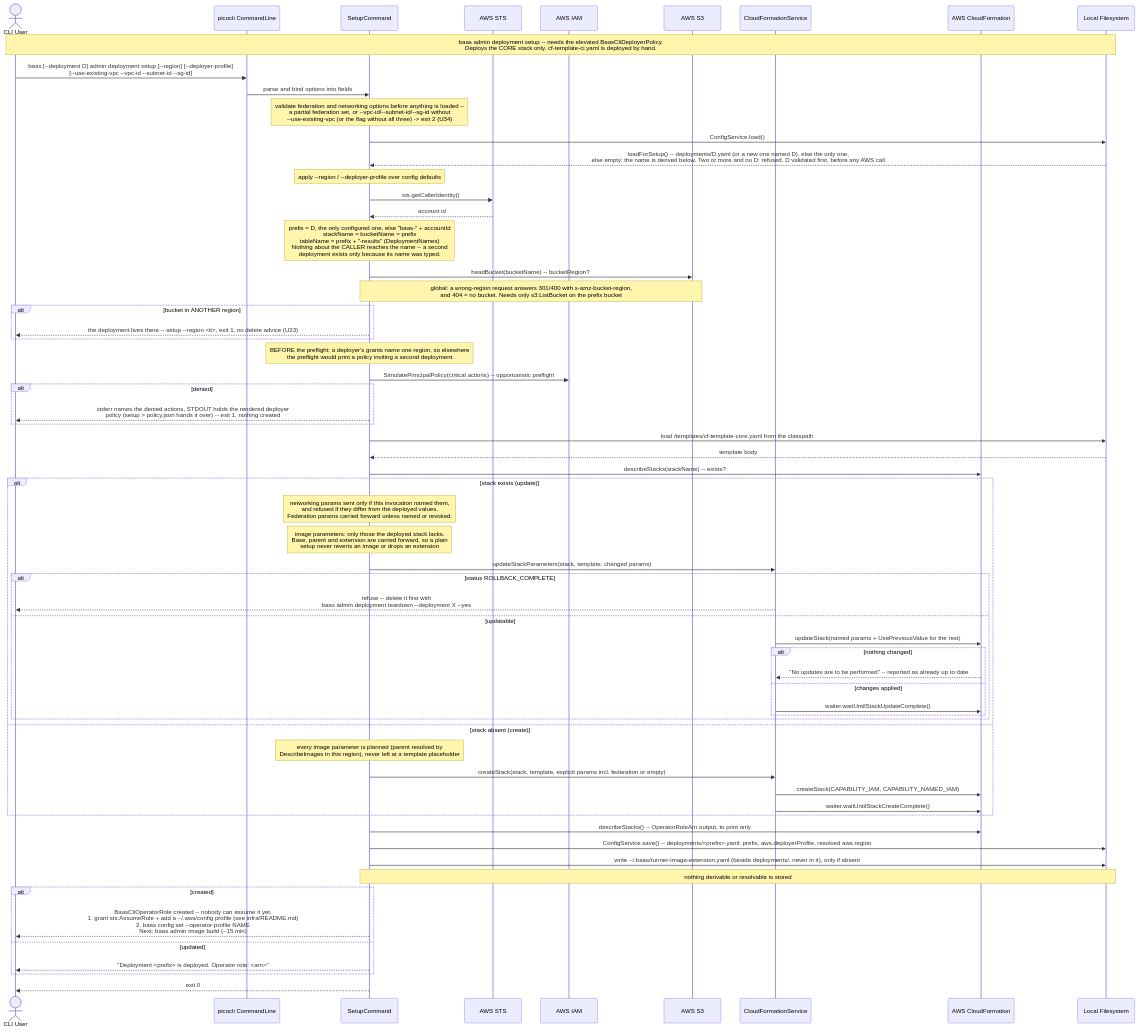
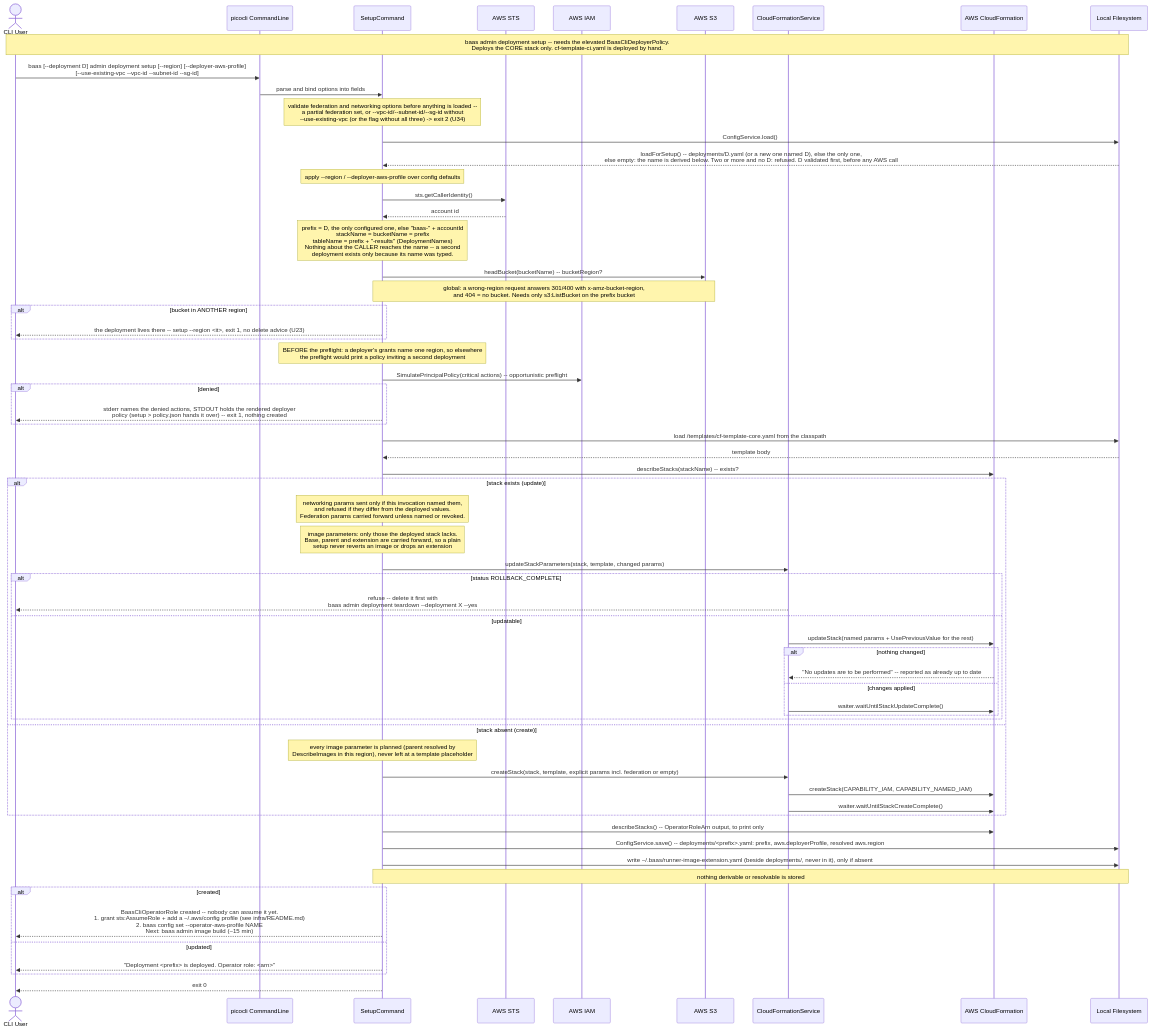
Before and after one commit to wsztajerowski/benchmark-as-a-service: the diagram in docs/diagrams/baas-setup.mmd, drawn with Mermaid. The commit also changed 16 other files, not shown here.

First line of the commit message:
refactor(cli): rename the profile options to --deployer-aws-profile and --operator-aws-profile

```diff
--- a/docs/diagrams/baas-setup.mmd
+++ b/docs/diagrams/baas-setup.mmd
@@ -1,68 +1,68 @@
 sequenceDiagram
     actor User as CLI User
     participant picocli as picocli CommandLine
     participant SC as SetupCommand
     participant STS as AWS STS
     participant IAM as AWS IAM
     participant S3 as AWS S3
     participant CFSvc as CloudFormationService
     participant CF as AWS CloudFormation
     participant FS as Local Filesystem
 
     Note over User,FS: baas admin deployment setup -- needs the elevated BaasCliDeployerPolicy.<br/>Deploys the CORE stack only. cf-template-ci.yaml is deployed by hand.
-    User->>picocli: baas [--deployment D] admin deployment setup [--region] [--deployer-profile]<br/>[--use-existing-vpc --vpc-id --subnet-id --sg-id]
+    User->>picocli: baas [--deployment D] admin deployment setup [--region] [--deployer-aws-profile]<br/>[--use-existing-vpc --vpc-id --subnet-id --sg-id]
     picocli->>SC: parse and bind options into fields
     Note over SC: validate federation and networking options before anything is loaded --<br/>a partial federation set, or --vpc-id/--subnet-id/--sg-id without<br/>--use-existing-vpc (or the flag without all three) -> exit 2 (U34)
     SC->>FS: ConfigService.load()
     FS-->>SC: loadForSetup() -- deployments/D.yaml (or a new one named D), else the only one,<br/>else empty: the name is derived below. Two or more and no D: refused. D validated first, before any AWS call
-    Note over SC: apply --region / --deployer-profile over config defaults
+    Note over SC: apply --region / --deployer-aws-profile over config defaults
     SC->>STS: sts.getCallerIdentity()
     STS-->>SC: account id
     Note over SC: prefix = D, the only configured one, else "baas-" + accountId<br/>stackName = bucketName = prefix<br/>tableName = prefix + "-results" (DeploymentNames)<br/>Nothing about the CALLER reaches the name -- a second<br/>deployment exists only because its name was typed.
     SC->>S3: headBucket(bucketName) -- bucketRegion?
     Note over SC,S3: global: a wrong-region request answers 301/400 with x-amz-bucket-region,<br/>and 404 = no bucket. Needs only s3:ListBucket on the prefix bucket
     alt bucket in ANOTHER region
         SC-->>User: the deployment lives there -- setup --region <it>, exit 1, no delete advice (U23)
     end
     Note over SC: BEFORE the preflight: a deployer's grants name one region, so elsewhere<br/>the preflight would print a policy inviting a second deployment
     SC->>IAM: SimulatePrincipalPolicy(critical actions) -- opportunistic preflight
     alt denied
         SC-->>User: stderr names the denied actions, STDOUT holds the rendered deployer<br/>policy (setup > policy.json hands it over) -- exit 1, nothing created
     end
     SC->>FS: load /templates/cf-template-core.yaml from the classpath
     FS-->>SC: template body
 
     SC->>CF: describeStacks(stackName) -- exists?
     alt stack exists (update)
         Note over SC: networking params sent only if this invocation named them,<br/>and refused if they differ from the deployed values.<br/>Federation params carried forward unless named or revoked.
         Note over SC: image parameters: only those the deployed stack lacks.<br/>Base, parent and extension are carried forward, so a plain<br/>setup never reverts an image or drops an extension
         SC->>CFSvc: updateStackParameters(stack, template, changed params)
         alt status ROLLBACK_COMPLETE
             CFSvc-->>User: refuse -- delete it first with<br/>baas admin deployment teardown --deployment X --yes
         else updatable
             CFSvc->>CF: updateStack(named params + UsePreviousValue for the rest)
             alt nothing changed
                 CF-->>CFSvc: "No updates are to be performed" -- reported as already up to date
             else changes applied
                 CFSvc->>CF: waiter.waitUntilStackUpdateComplete()
             end
         end
     else stack absent (create)
         Note over SC: every image parameter is planned (parent resolved by<br/>DescribeImages in this region), never left at a template placeholder
         SC->>CFSvc: createStack(stack, template, explicit params incl. federation or empty)
         CFSvc->>CF: createStack(CAPABILITY_IAM, CAPABILITY_NAMED_IAM)
         CFSvc->>CF: waiter.waitUntilStackCreateComplete()
     end
 
     SC->>CF: describeStacks() -- OperatorRoleArn output, to print only
     SC->>FS: ConfigService.save() -- deployments/<prefix>.yaml: prefix, aws.deployerProfile, resolved aws.region
     SC->>FS: write ~/.baas/runner-image-extension.yaml (beside deployments/, never in it), only if absent
     Note over SC,FS: nothing derivable or resolvable is stored
 
     alt created
-        SC-->>User: BaasCliOperatorRole created -- nobody can assume it yet.<br/>1. grant sts:AssumeRole + add a ~/.aws/config profile (see infra/README.md)<br/>2. baas config set --operator-profile NAME<br/>Next: baas admin image build (~15 min)
+        SC-->>User: BaasCliOperatorRole created -- nobody can assume it yet.<br/>1. grant sts:AssumeRole + add a ~/.aws/config profile (see infra/README.md)<br/>2. baas config set --operator-aws-profile NAME<br/>Next: baas admin image build (~15 min)
     else updated
         SC-->>User: "Deployment <prefix> is deployed. Operator role: <arn>"
     end
 
     SC-->>User: exit 0
```
